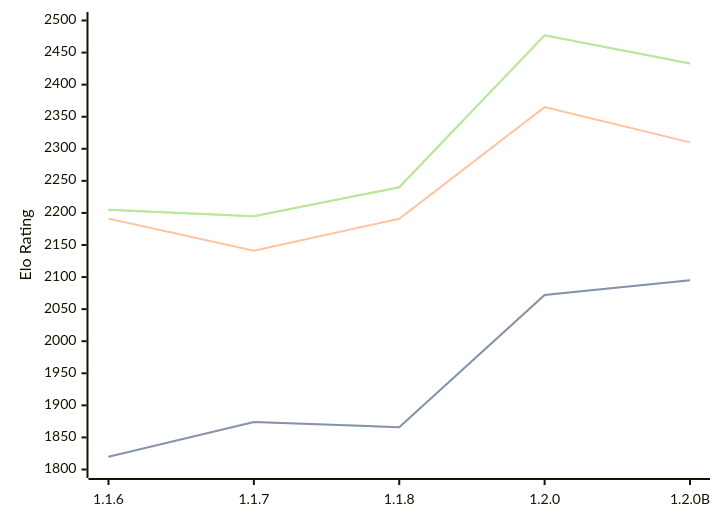
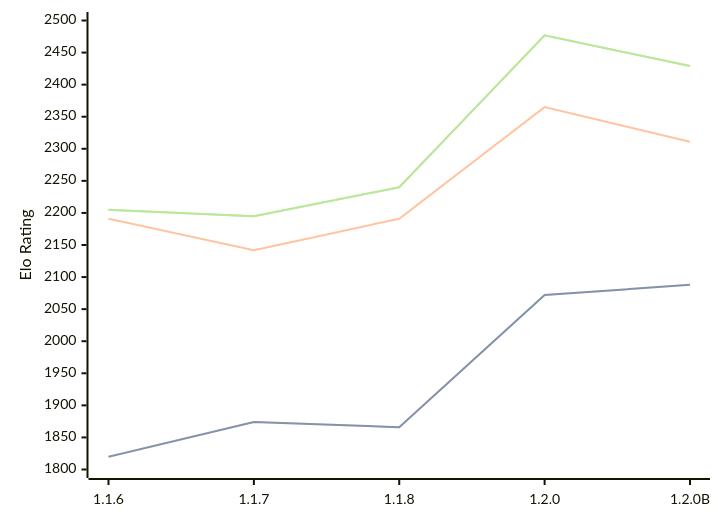
One commit to computer-chess-index/cci changed the diagram in engines/Soomi.md. Above: the diagram before and after it, drawn with Mermaid. The commit also changed other lines of this file, not shown here.

Commit message:
Update CCI Ratings (ELO VLTC) - 2026-05-03

````diff
--- a/engines/Soomi.md
+++ b/engines/Soomi.md
@@ -35,11 +35,11 @@
 ```mermaid
 %%{init: {"theme":"base","themeVariables":{"seriesColors:['#a3a3a3','#222221','#faa371']}}}%%
 xychart-beta
   x-axis ["1.1.6", "1.1.7", "1.1.8", "1.2.0", "1.2.0B"]
   y-axis "Elo Rating" 1800 --> 2500
-  line "STC (8.0+0.08s)" [1820, 1874, 1866, 2072, 2095]
-  line "STC (8.0+0.08s)" [1820, 1874, 1866, 2072, 2095]
-  line "LTC (60.0+0.60s)" [2191, 2141, 2191, 2365, 2310]
-  line "VLTC (2m24s+1.12s)" [2205, 2195, 2240, 2477, 2433]
-  line "VLTC (2m24s+1.12s)" [2205, 2195, 2240, 2477, 2433]
+  line "STC (8.0+0.08s)" [1820, 1874, 1866, 2072, 2088]
+  line "STC (8.0+0.08s)" [1820, 1874, 1866, 2072, 2088]
+  line "LTC (60.0+0.60s)" [2191, 2142, 2191, 2365, 2311]
+  line "VLTC (2m24s+1.12s)" [2205, 2195, 2240, 2477, 2429]
+  line "VLTC (2m24s+1.12s)" [2205, 2195, 2240, 2477, 2429]
 ```
````
